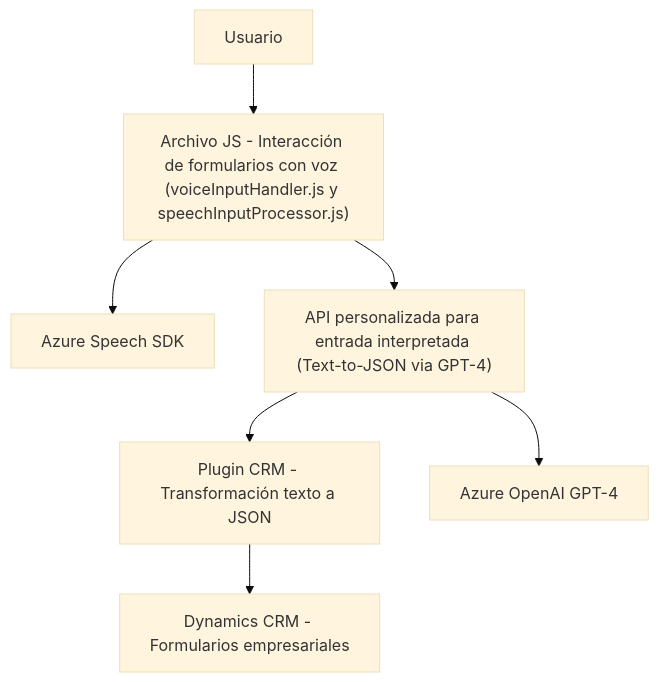
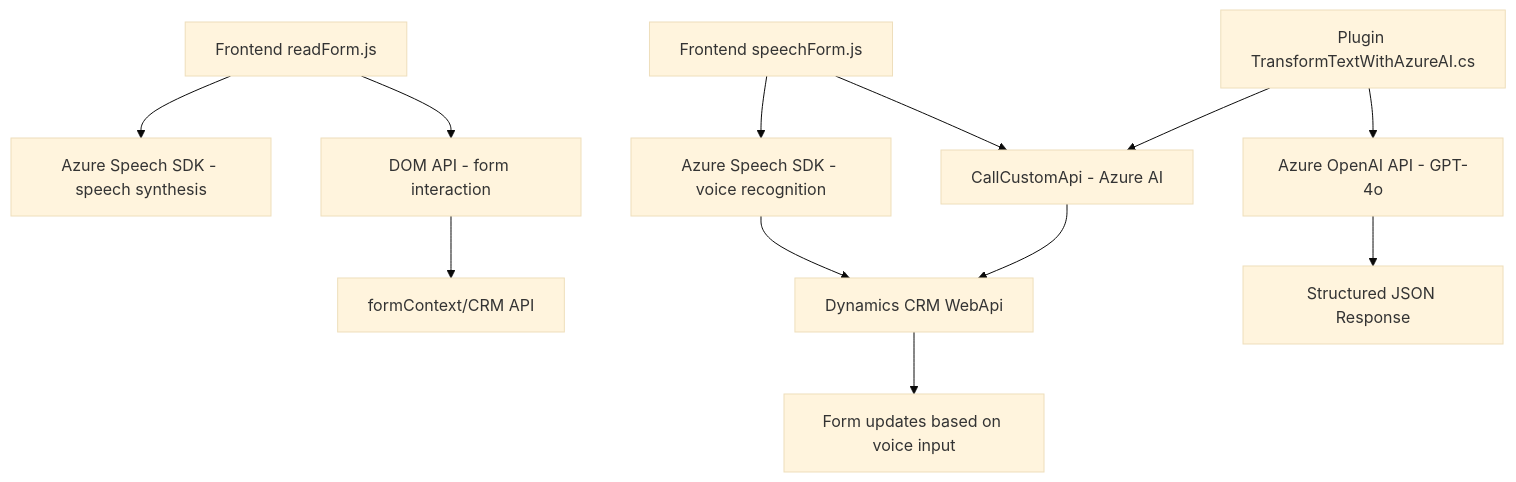
Before and after one commit to blopezdm/NETCORE_BILBAO2025: the diagram in README.md, drawn with Mermaid (base theme). The commit also changed other lines of this file, not shown here.

Commit message:
Actualizar análisis global de la solución con IA

````diff
--- a/README.md
+++ b/README.md
@@ -36,17 +53,16 @@
 ```mermaid
 graph TD
-    A["Usuario"]
-    B["Archivo JS - Interacción de formularios con voz (voiceInputHandler.js y speechInputProcessor.js)"]
-    C["Azure Speech SDK"]
-    D["API personalizada para entrada interpretada (Text-to-JSON via GPT-4)"]
-    E["Plugin CRM - Transformación texto a JSON"]
-    F["Dynamics CRM - Formularios empresariales"]
-    G["Azure OpenAI GPT-4"]
+    A["Frontend readForm.js"] --> B["Azure Speech SDK - speech synthesis"]
+    A --> C["DOM API - form interaction"]
+    C --> D["formContext/CRM API"]
+    
+    E["Frontend speechForm.js"] --> F["Azure Speech SDK - voice recognition"]
+    E --> G["CallCustomApi - Azure AI"]
+    G --> H["Dynamics CRM WebApi"]
+    F --> H
+    H --> K["Form updates based on voice input"]
 
-    A --> B
-    B --> C
-    B --> D
-    D --> G
-    D --> E
-    E --> F
+    L["Plugin TransformTextWithAzureAI.cs"] --> G
+    L --> M["Azure OpenAI API - GPT-4o"]
+    M --> N["Structured JSON Response"]
 ```
````
